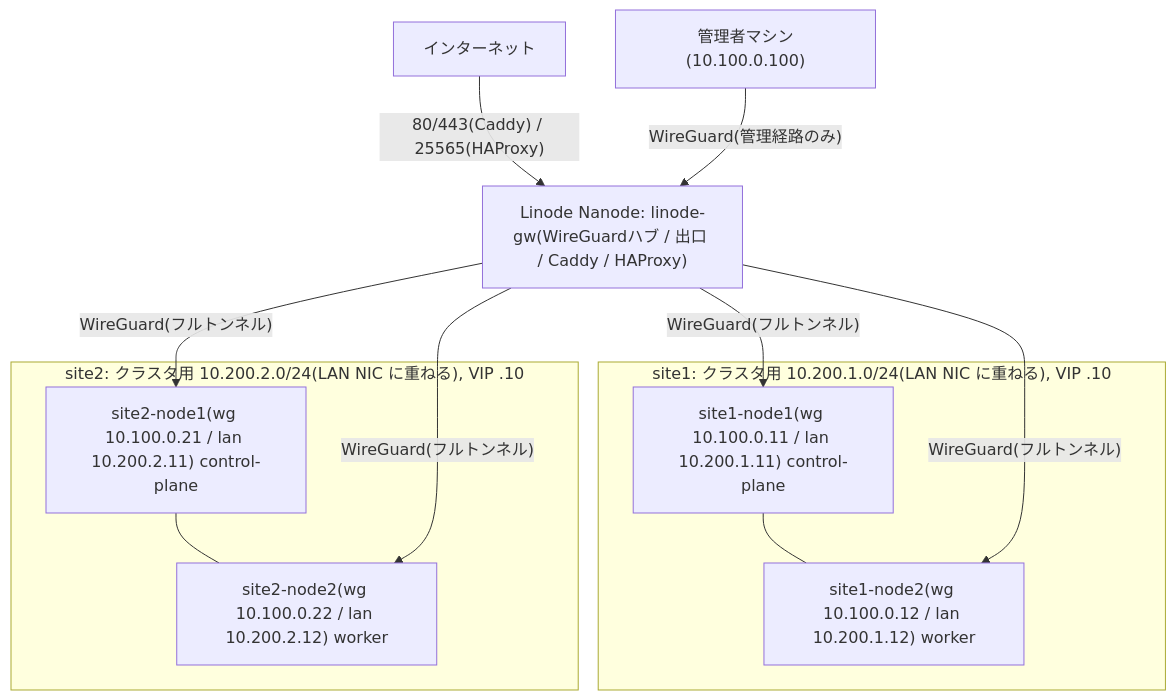
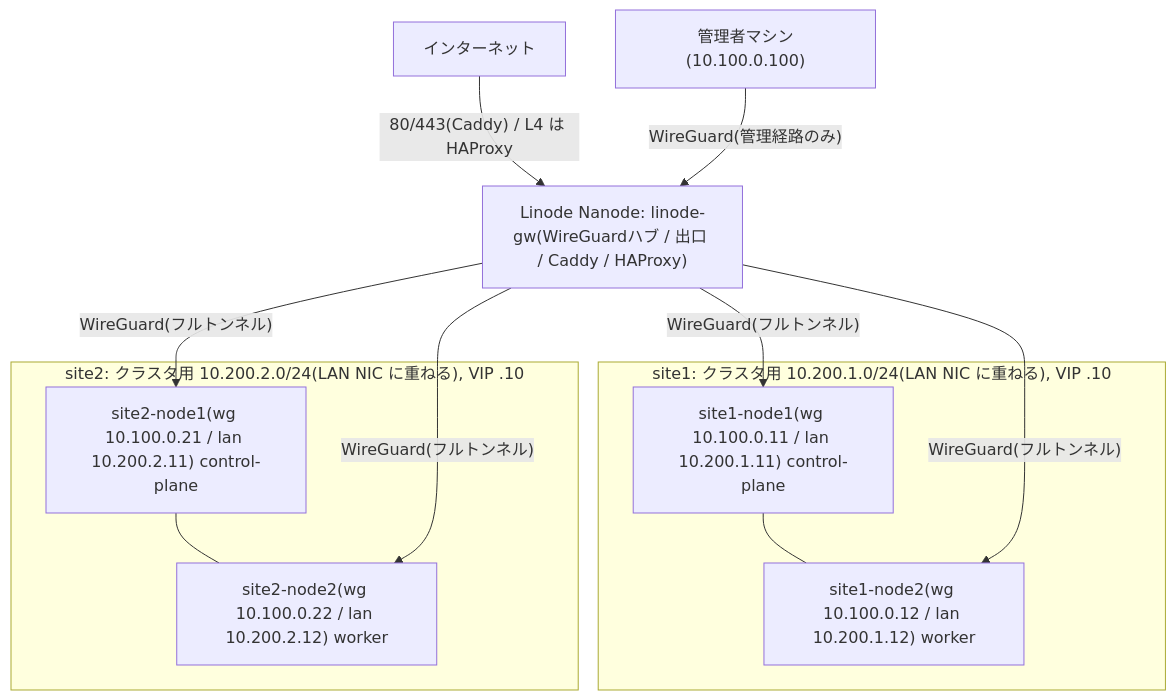
The diagram in docs/content/docs/architecture/overview.mdx (morinoparty/moripa-infra), drawn with Mermaid before and after one commit. The commit also changed other lines of this file and 19 other files, not shown here.

````diff
--- a/docs/content/docs/architecture/overview.mdx
+++ b/docs/content/docs/architecture/overview.mdx
@@ -12,25 +12,25 @@
 ```mermaid
 graph TB
     Internet["インターネット"]
     Admin["管理者マシン(10.100.0.100)"]
     GW["Linode Nanode: linode-gw(WireGuardハブ / 出口 / Caddy / HAProxy)"]
 
     subgraph site1["site1: クラスタ用 10.200.1.0/24(LAN NIC に重ねる), VIP .10"]
         S1N1["site1-node1(wg 10.100.0.11 / lan 10.200.1.11) control-plane"]
         S1N2["site1-node2(wg 10.100.0.12 / lan 10.200.1.12) worker"]
         S1N1 --- S1N2
     end
 
     subgraph site2["site2: クラスタ用 10.200.2.0/24(LAN NIC に重ねる), VIP .10"]
         S2N1["site2-node1(wg 10.100.0.21 / lan 10.200.2.11) control-plane"]
         S2N2["site2-node2(wg 10.100.0.22 / lan 10.200.2.12) worker"]
         S2N1 --- S2N2
     end
 
-    Internet -- "80/443(Caddy) / 25565(HAProxy)" --> GW
+    Internet -- "80/443(Caddy) / L4 は HAProxy" --> GW
     Admin -- "WireGuard(管理経路のみ)" --> GW
     GW -- "WireGuard(フルトンネル)" --> S1N1
     GW -- "WireGuard(フルトンネル)" --> S1N2
     GW -- "WireGuard(フルトンネル)" --> S2N1
     GW -- "WireGuard(フルトンネル)" --> S2N2
 ```
````
